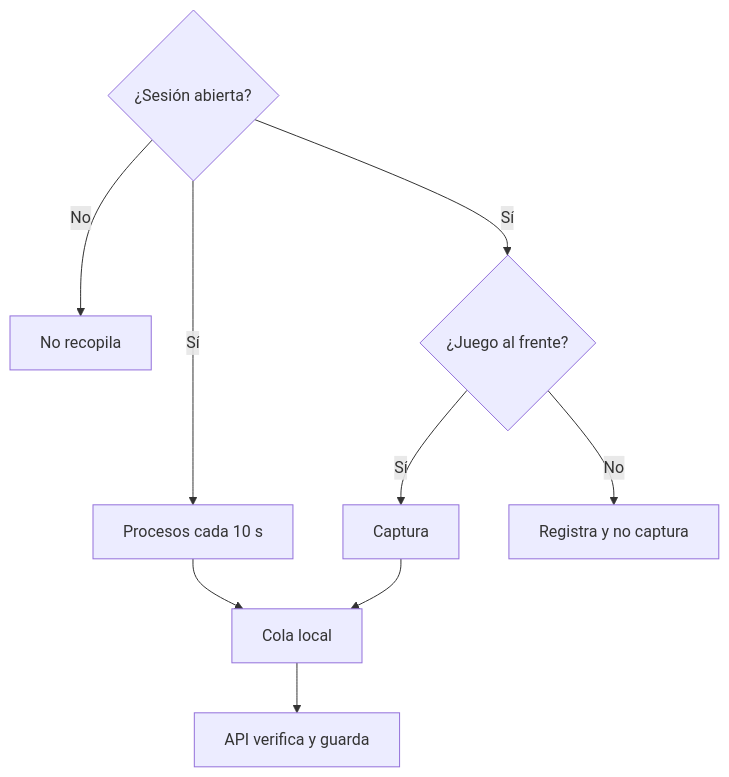
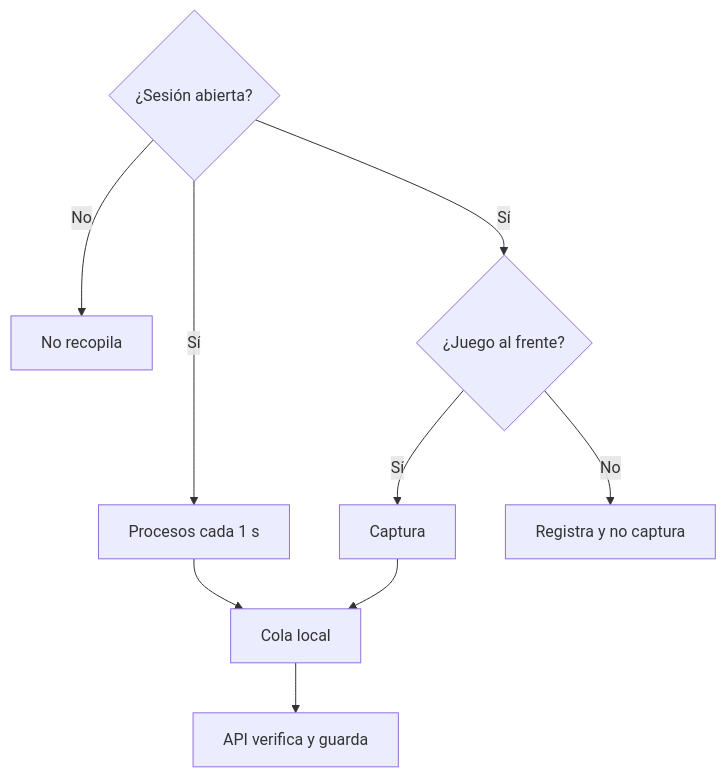
The diagram in docs/bitacora/2026-10-30-anticheat-evidencia/DOCUMENTACION.md (mchssj/v34frag), drawn with Mermaid before and after one commit. The commit also changed 2 other files, not shown here.

Commit message:
fix(anticheat): revisar procesos cada segundo para ver los programas cortos

````diff
--- a/docs/bitacora/2026-10-30-anticheat-evidencia/DOCUMENTACION.md
+++ b/docs/bitacora/2026-10-30-anticheat-evidencia/DOCUMENTACION.md
@@ -7,11 +7,11 @@
 ```mermaid
 flowchart TD
   A{¿Sesión abierta?} -->|No| B[No recopila]
-  A -->|Sí| C[Procesos cada 10 s]
+  A -->|Sí| C[Procesos cada 1 s]
   A -->|Sí| D{¿Juego al frente?}
   D -->|Sí| E[Captura]
   D -->|No| F[Registra y no captura]
   C --> G[Cola local]
   E --> G
   G --> H[API verifica y guarda]
 ```
````
